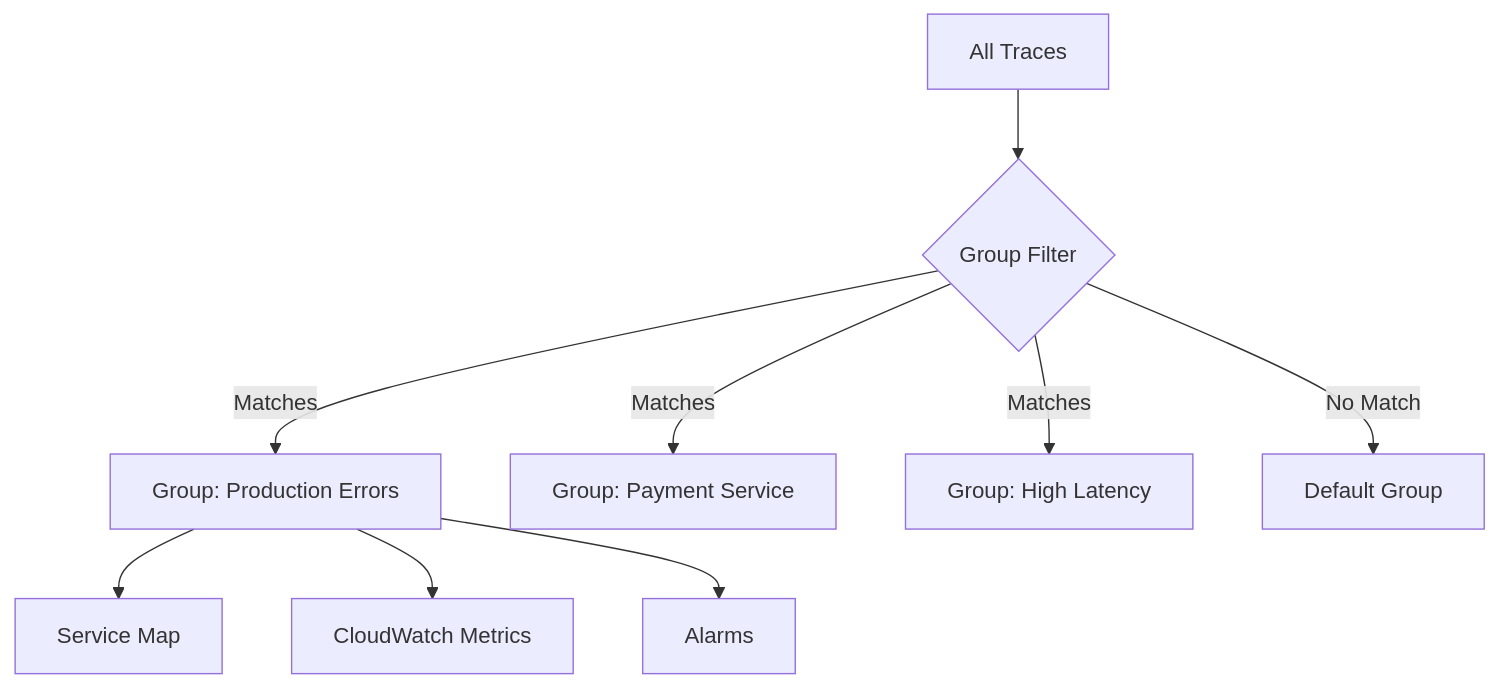
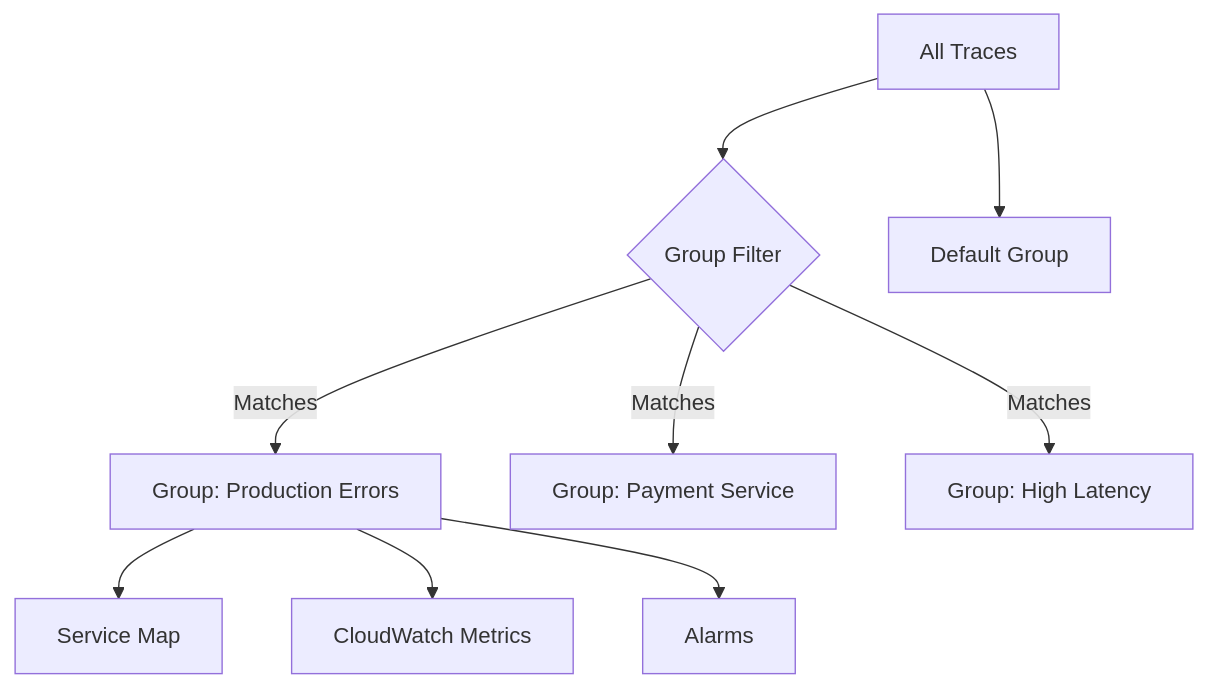
The diagram in posts/2026-02-12-xray-groups-filtering-traces/README.md (OneUptime/blog), drawn with Mermaid before and after one commit. The commit also changed other lines of this file and 2 other files, not shown here.

````diff
--- a/posts/2026-02-12-xray-groups-filtering-traces/README.md
+++ b/posts/2026-02-12-xray-groups-filtering-traces/README.md
@@ -21,11 +21,11 @@
 ```mermaid
 flowchart TD
     A[All Traces] --> B{Group Filter}
     B --> |Matches| C[Group: Production Errors]
     B --> |Matches| D[Group: Payment Service]
     B --> |Matches| E[Group: High Latency]
-    B --> |No Match| F[Default Group]
+    A --> F[Default Group]
     C --> G[Service Map]
     C --> H[CloudWatch Metrics]
     C --> I[Alarms]
 ```
````
